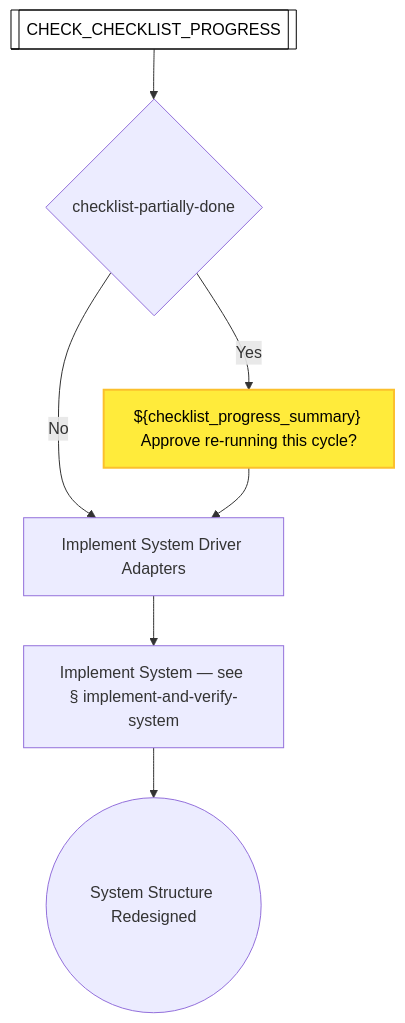
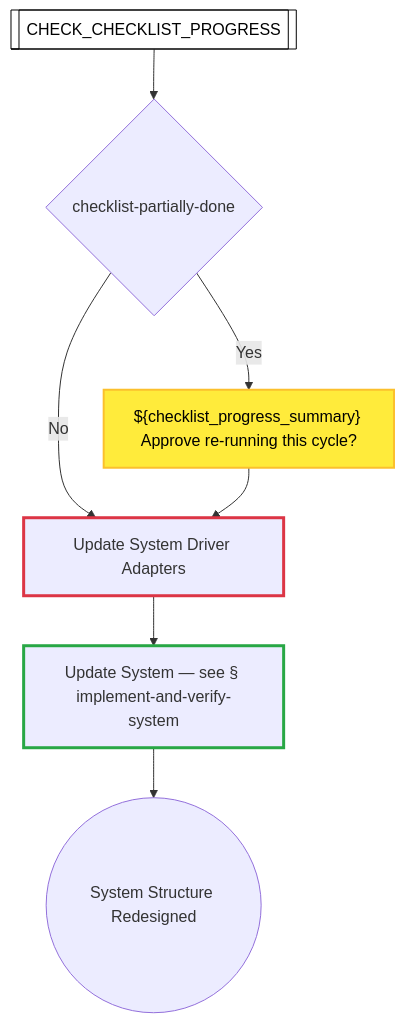
The tenth of 54 diagrams in docs/process-diagram.md (optivem/gh-optivem), drawn with Mermaid before and after one commit. The commit also changed other lines of this file and 47 other files, not shown here.

````diff
--- a/docs/process-diagram.md
+++ b/docs/process-diagram.md
@@ -243,22 +246,28 @@
 ```mermaid
 flowchart TD
     CHECK_CHECKLIST_PROGRESS[[CHECK_CHECKLIST_PROGRESS]]
     GATE_CHECKLIST_PARTIALLY_DONE{checklist-partially-done}
-    IMPLEMENT_AND_VERIFY_SYSTEM[Implement System — see § implement-and-verify-system]
-    IMPLEMENT_SYSTEM_DRIVER_ADAPTERS[Implement System Driver Adapters]
+    IMPLEMENT_AND_VERIFY_SYSTEM[Update System — see § implement-and-verify-system]
     REDESIGN_END((System Structure Redesigned))
     STOP_CHECKLIST_PARTIALLY_DONE["${checklist_progress_summary} Approve re-running this cycle?"]
+    UPDATE_SYSTEM_DRIVER_ADAPTERS[Update System Driver Adapters]
 
     CHECK_CHECKLIST_PROGRESS --> GATE_CHECKLIST_PARTIALLY_DONE
     GATE_CHECKLIST_PARTIALLY_DONE -- Yes --> STOP_CHECKLIST_PARTIALLY_DONE
-    GATE_CHECKLIST_PARTIALLY_DONE -- No --> IMPLEMENT_SYSTEM_DRIVER_ADAPTERS
-    STOP_CHECKLIST_PARTIALLY_DONE --> IMPLEMENT_SYSTEM_DRIVER_ADAPTERS
-    IMPLEMENT_SYSTEM_DRIVER_ADAPTERS --> IMPLEMENT_AND_VERIFY_SYSTEM
+    GATE_CHECKLIST_PARTIALLY_DONE -- No --> UPDATE_SYSTEM_DRIVER_ADAPTERS
+    STOP_CHECKLIST_PARTIALLY_DONE --> UPDATE_SYSTEM_DRIVER_ADAPTERS
+    UPDATE_SYSTEM_DRIVER_ADAPTERS --> IMPLEMENT_AND_VERIFY_SYSTEM
     IMPLEMENT_AND_VERIFY_SYSTEM --> REDESIGN_END
 
     classDef serviceNode fill:#ffffff,stroke:#000000,stroke-width:1px,color:#000000
     class CHECK_CHECKLIST_PROGRESS serviceNode
 
     classDef humanNode fill:#ffeb3b,stroke:#fbc02d,stroke-width:2px,color:#000000
     class STOP_CHECKLIST_PARTIALLY_DONE humanNode
+
+    classDef tddRedNode stroke:#dc3545,stroke-width:3px
+    class UPDATE_SYSTEM_DRIVER_ADAPTERS tddRedNode
+
+    classDef tddGreenNode stroke:#28a745,stroke-width:3px
+    class IMPLEMENT_AND_VERIFY_SYSTEM tddGreenNode
 ```
````
